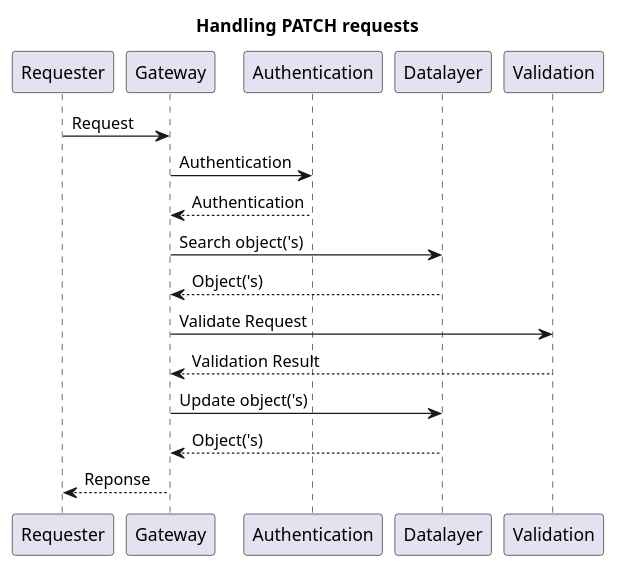
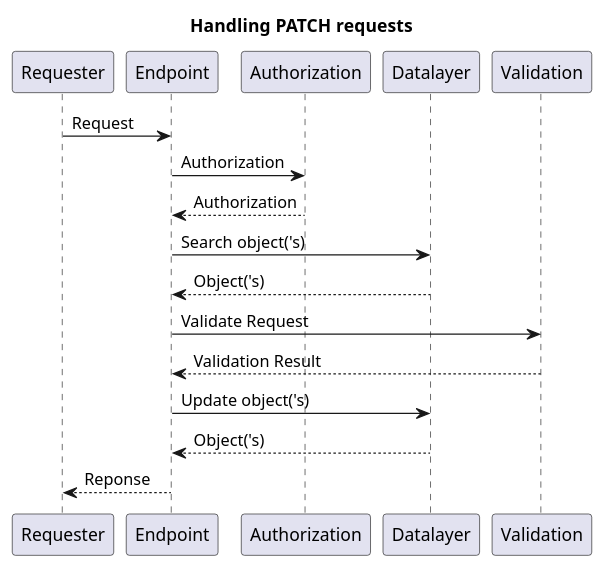
Before and after one commit to CommonGateway/CoreBundle: the diagram in docs/features/request_patch.puml, drawn with PlantUML. The commit also changed 4 other files, not shown here.

```diff
--- a/docs/features/request_patch.puml
+++ b/docs/features/request_patch.puml
@@ -1,13 +1,13 @@
 @startuml
 title: Handling PATCH requests
-Requester -> Gateway: Request
-Gateway -> Authentication  : Authentication
-Authentication --> Gateway  : Authentication
-Gateway -> Datalayer : Search object('s)
-Datalayer --> Gateway: Object('s)
-Gateway -> Validation : Validate Request
-Validation --> Gateway: Validation Result
-Gateway -> Datalayer : Update object('s)
-Datalayer --> Gateway: Object('s)
-Gateway --> Requester: Reponse
+Requester -> Endpoint: Request
+Endpoint -> Authorization  : Authorization
+Authorization --> Endpoint  : Authorization
+Endpoint -> Datalayer : Search object('s)
+Datalayer --> Endpoint: Object('s)
+Endpoint -> Validation : Validate Request
+Validation --> Endpoint: Validation Result
+Endpoint -> Datalayer : Update object('s)
+Datalayer --> Endpoint: Object('s)
+Endpoint --> Requester: Reponse
 @enduml
```
